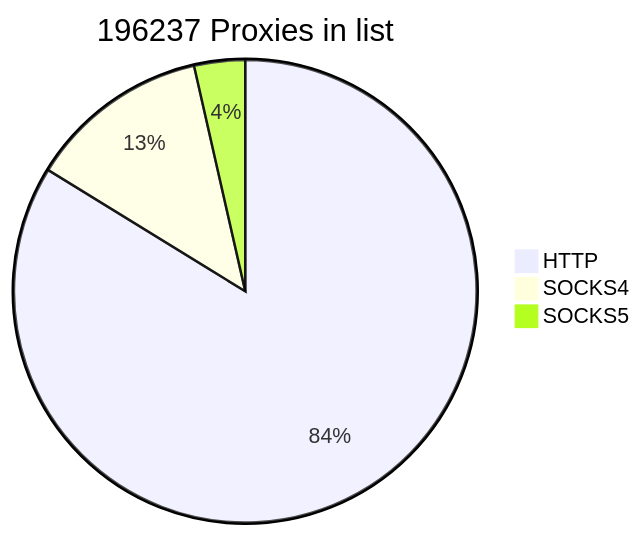
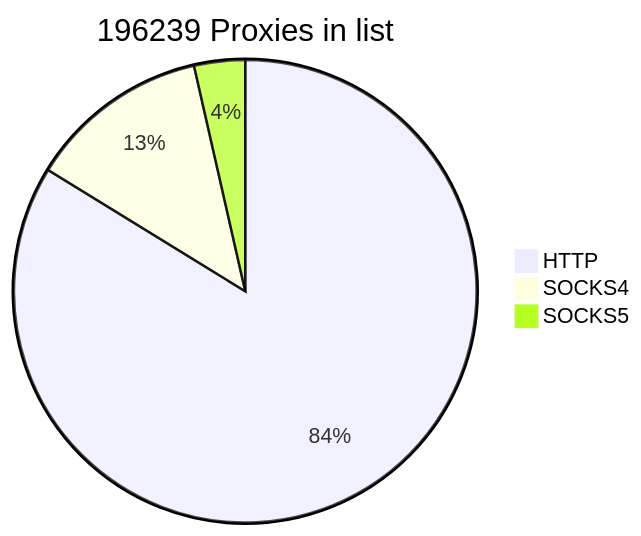
The first of 2 diagrams in README.md (cutipu/proxylist), drawn with Mermaid before and after one commit. The commit also changed other lines of this file, not shown here.

````diff
--- a/README.md
+++ b/README.md
@@ -2,7 +2,7 @@
 ```mermaid
-pie title 196237 Proxies in list
-    "HTTP" : 164402
-    "SOCKS4" : 24856
-    "SOCKS5" : 6979
+pie title 196239 Proxies in list
+    "HTTP" : 164401
+    "SOCKS4" : 24854
+    "SOCKS5" : 6984
             
 ```
````
